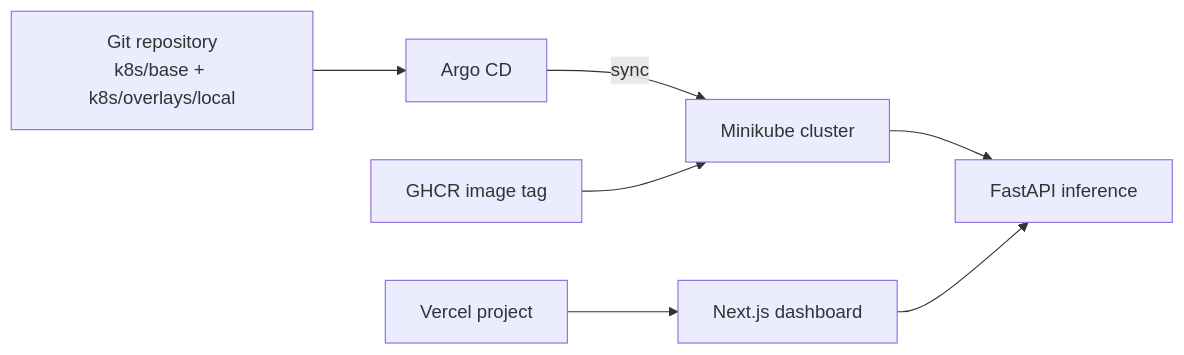
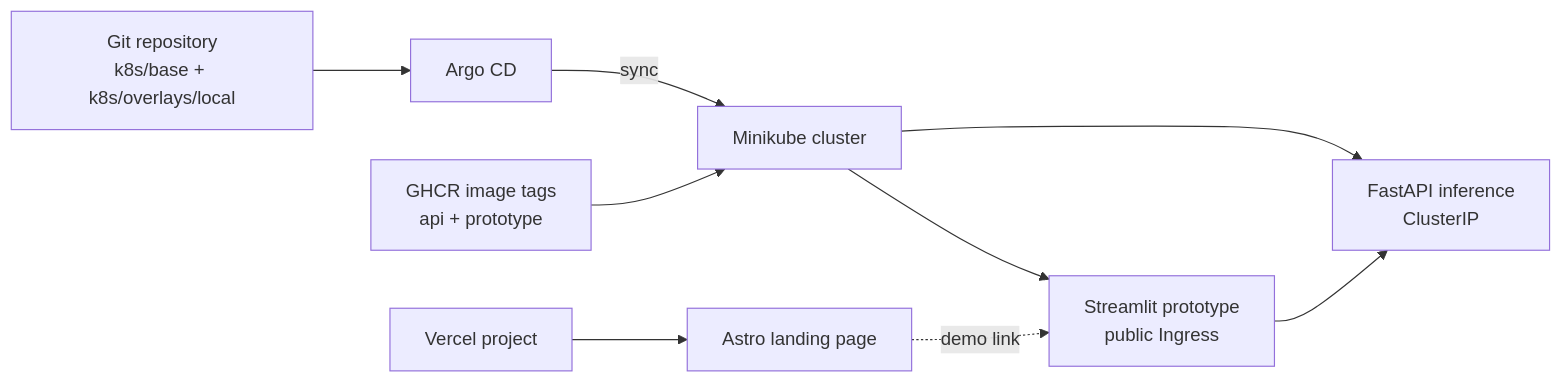
The fifth of 5 diagrams in docs/architecture/README.md (adriansalvadorekomo/RoadAnomaly), drawn with Mermaid before and after one commit. The commit also changed other lines of this file and 36 other files, not shown here.

First line of the commit message:
docs: align target stack with TensorFlow, Astro and Streamlit

````diff
--- a/docs/architecture/README.md
+++ b/docs/architecture/README.md
@@ -155,9 +201,11 @@
 ```mermaid
 flowchart LR
   G["Git repository<br/>k8s/base + k8s/overlays/local"] --> ARGO["Argo CD"]
   ARGO -->|sync| MIN["Minikube cluster"]
-  GHCR["GHCR image tag"] --> MIN
-  MIN --> API["FastAPI inference"]
-  V["Vercel project"] --> WEB["Next.js dashboard"]
-  WEB --> API
+  GHCR["GHCR image tags<br/>api + prototype"] --> MIN
+  MIN --> API["FastAPI inference<br/>ClusterIP"]
+  MIN --> ST["Streamlit prototype<br/>public Ingress"]
+  ST --> API
+  V["Vercel project"] --> WEB["Astro landing page"]
+  WEB -. "demo link" .-> ST
 ```
````
